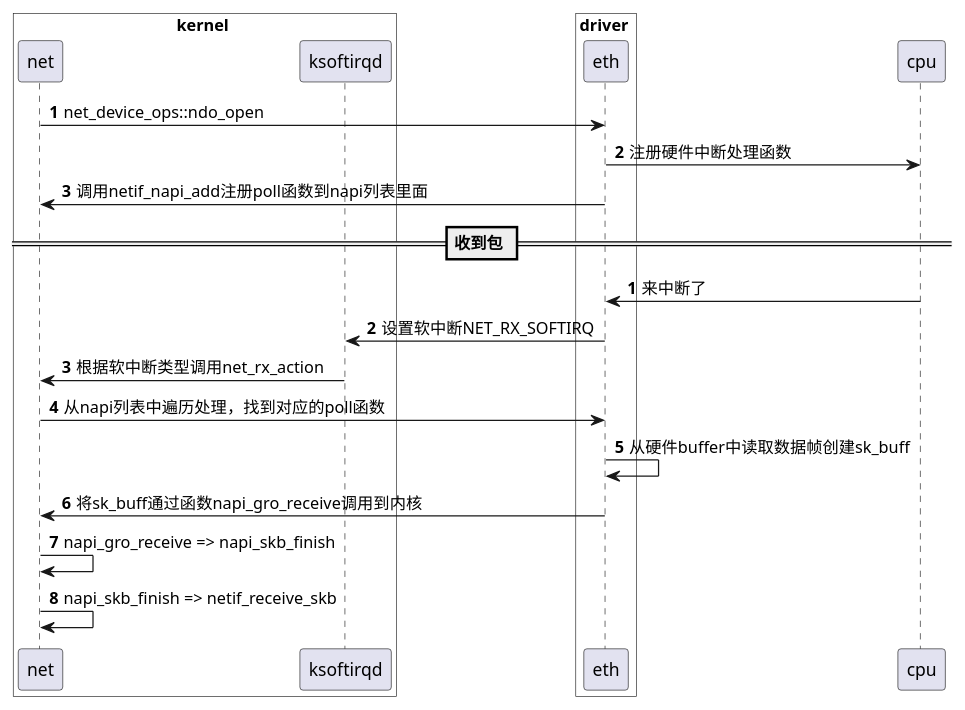
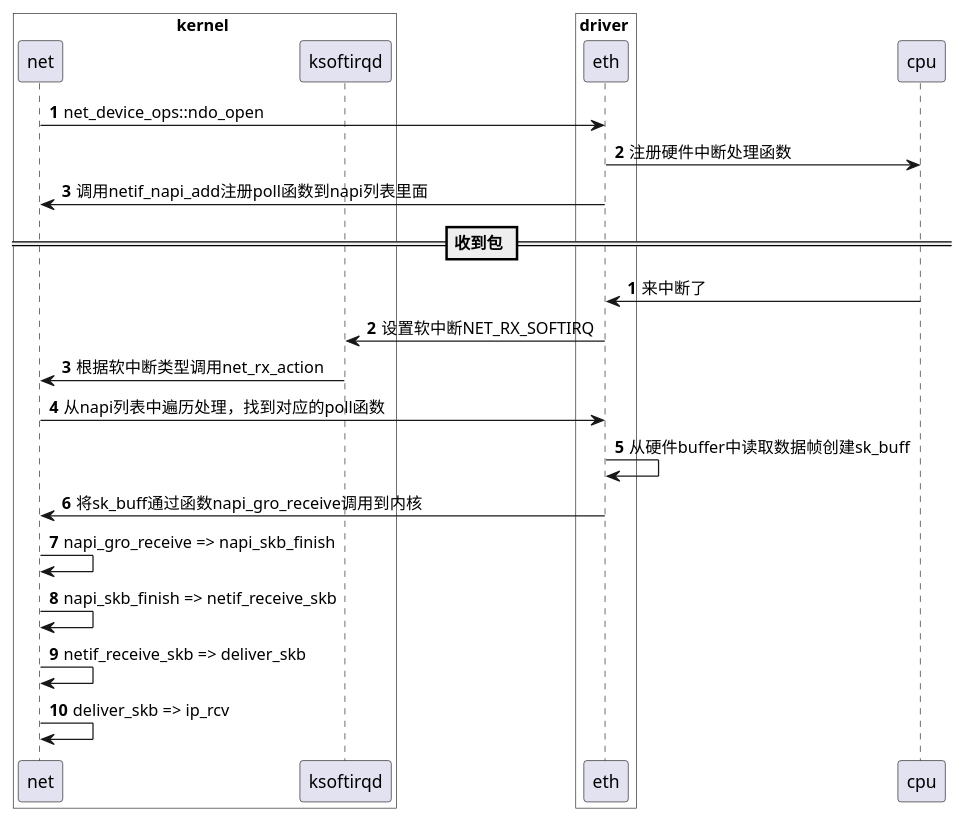
The diagram in content/docs/linux-kernel/drivers/net/common.md (Githubwyb/md-books), drawn with PlantUML before and after one commit. The commit also changed other lines of this file and 6 other files, not shown here.

````diff
--- a/content/docs/linux-kernel/drivers/net/common.md
+++ b/content/docs/linux-kernel/drivers/net/common.md
@@ -8,29 +8,31 @@
 ```plantuml
 @startuml
 box kernel #White
     participant net
     participant ksoftirqd
 end box
 box driver #White
     participant eth
 end box
 participant cpu
 
 autonumber
 net -> eth: net_device_ops::ndo_open
 eth -> cpu: 注册硬件中断处理函数
 eth -> net: 调用netif_napi_add注册poll函数到napi列表里面
 
 == 收到包 ==
 autonumber 1
 cpu -> eth: 来中断了
 eth -> ksoftirqd: 设置软中断NET_RX_SOFTIRQ
 ksoftirqd -> net: 根据软中断类型调用net_rx_action
 net -> eth: 从napi列表中遍历处理，找到对应的poll函数
 eth -> eth: 从硬件buffer中读取数据帧创建sk_buff
 eth -> net: 将sk_buff通过函数napi_gro_receive调用到内核
 net -> net: napi_gro_receive => napi_skb_finish
 net -> net: napi_skb_finish => netif_receive_skb
+net -> net: netif_receive_skb => deliver_skb
+net -> net: deliver_skb => ip_rcv
 
 @enduml
 ```
````
